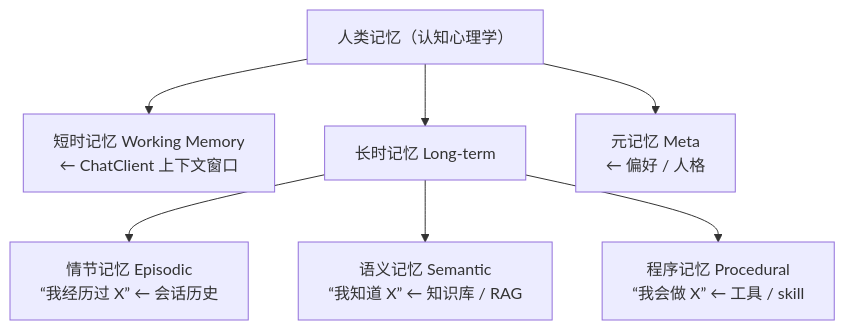
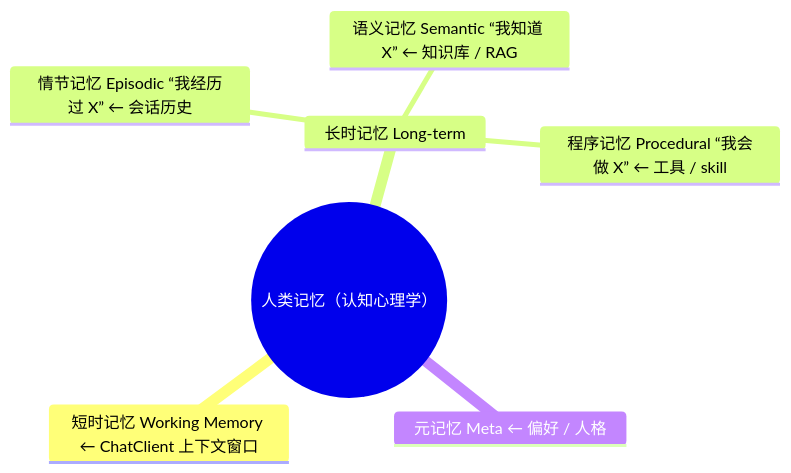
One commit to UranusGit/java-agent-learn changed the first of 4 diagrams in docs/tutorials/spring-ai-2.0/25-Agent记忆架构.md. Above: the diagram before and after it, drawn with Mermaid. The commit also changed 11 other files, not shown here.

First line of the commit message:
docs全库mermaid图选型复核：纯分类图由flowchart改为mindmap

````diff
--- a/docs/tutorials/spring-ai-2.0/25-Agent记忆架构.md
+++ b/docs/tutorials/spring-ai-2.0/25-Agent记忆架构.md
@@ -12,9 +12,10 @@
 ```mermaid
-flowchart TD
-    A["人类记忆（认知心理学）"] --> B["短时记忆 Working Memory<br/>← ChatClient 上下文窗口"]
-    A --> C["长时记忆 Long-term"]
-    A --> F["元记忆 Meta<br/>← 偏好 / 人格"]
-    C --> D1["情节记忆 Episodic<br/>“我经历过 X” ← 会话历史"]
-    C --> D2["语义记忆 Semantic<br/>“我知道 X” ← 知识库 / RAG"]
-    C --> D3["程序记忆 Procedural<br/>“我会做 X” ← 工具 / skill"]
+mindmap
+  root((人类记忆（认知心理学）))
+    短时记忆 Working Memory ← ChatClient 上下文窗口
+    长时记忆 Long-term
+      情节记忆 Episodic “我经历过 X” ← 会话历史
+      语义记忆 Semantic “我知道 X” ← 知识库 / RAG
+      程序记忆 Procedural “我会做 X” ← 工具 / skill
+    元记忆 Meta ← 偏好 / 人格
 ```
````
